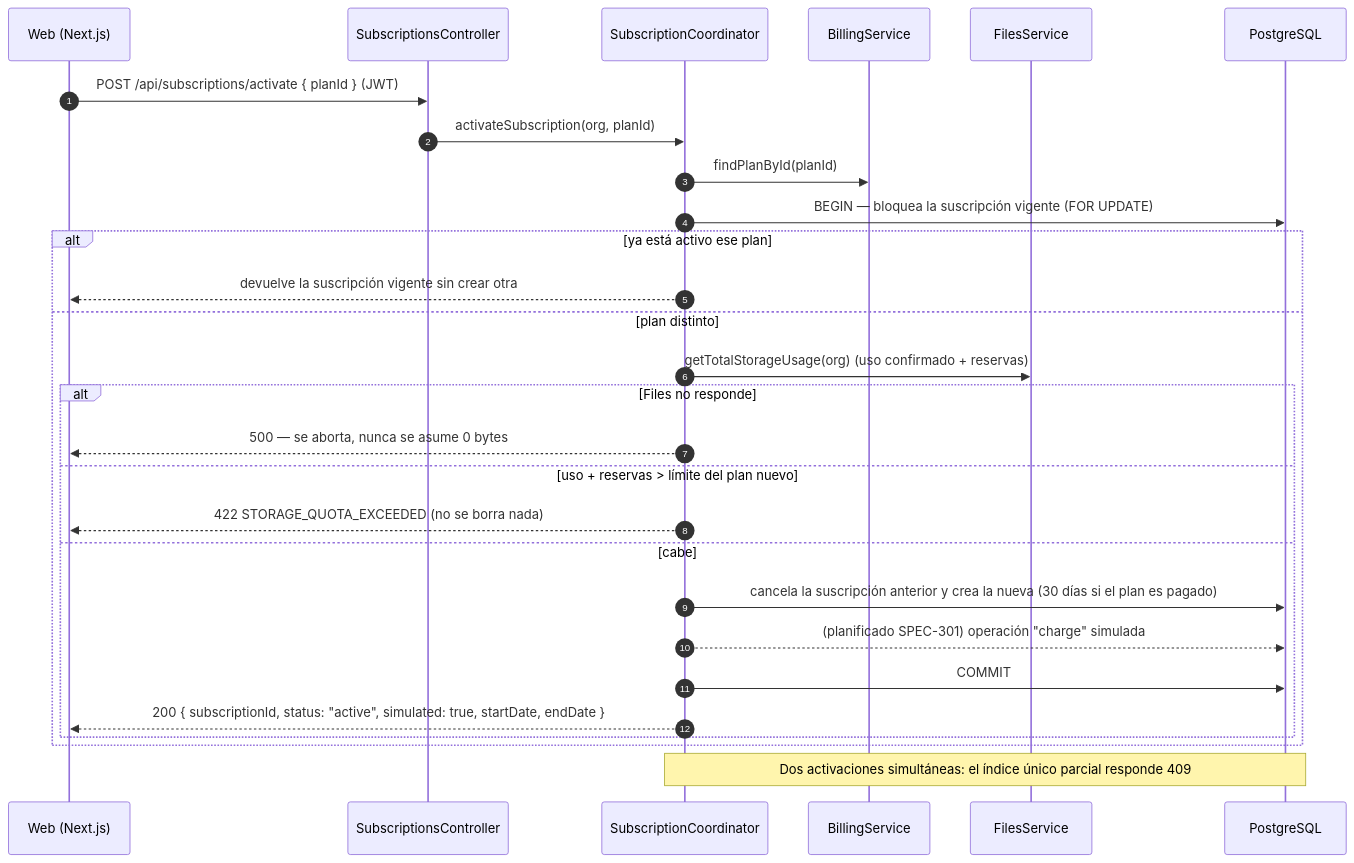
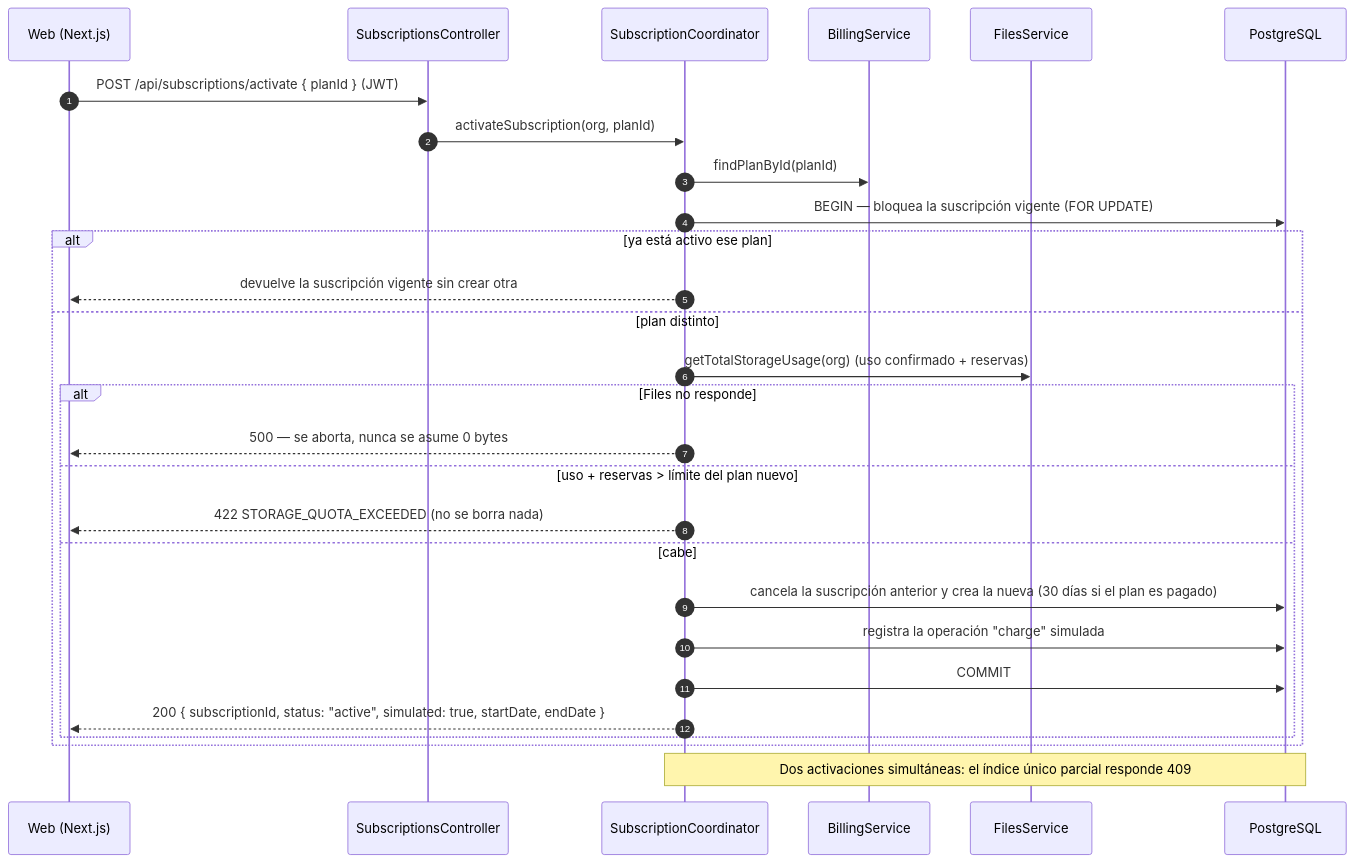
Before and after one commit to Victor-Chan-Morales/Nexus_Sistema_Almacenamiento_Seguro: the seventh of 13 diagrams in docs/entregables/DIAGRAMAS_UML.md, drawn with Mermaid. The commit also changed other lines of this file and 39 other files, not shown here.

````diff
--- a/docs/entregables/DIAGRAMAS_UML.md
+++ b/docs/entregables/DIAGRAMAS_UML.md
@@ -529,31 +526,31 @@
 ```mermaid
 sequenceDiagram
   autonumber
   participant W as Web (Next.js)
   participant SC as SubscriptionsController
   participant CO as SubscriptionCoordinator
   participant B as BillingService
   participant FS as FilesService
   participant DB as PostgreSQL
 
   W->>SC: POST /api/subscriptions/activate { planId } (JWT)
   SC->>CO: activateSubscription(org, planId)
   CO->>B: findPlanById(planId)
   CO->>DB: BEGIN — bloquea la suscripción vigente (FOR UPDATE)
   alt ya está activo ese plan
     CO-->>W: devuelve la suscripción vigente sin crear otra
   else plan distinto
     CO->>FS: getTotalStorageUsage(org) (uso confirmado + reservas)
     alt Files no responde
       CO-->>W: 500 — se aborta, nunca se asume 0 bytes
     else uso + reservas > límite del plan nuevo
       CO-->>W: 422 STORAGE_QUOTA_EXCEEDED (no se borra nada)
     else cabe
       CO->>DB: cancela la suscripción anterior y crea la nueva (30 días si el plan es pagado)
-      CO-->>DB: (planificado SPEC-301) operación "charge" simulada
+      CO->>DB: registra la operación "charge" simulada
       CO->>DB: COMMIT
       CO-->>W: 200 { subscriptionId, status: "active", simulated: true, startDate, endDate }
     end
   end
   Note over CO,DB: Dos activaciones simultáneas: el índice único parcial responde 409
 ```
````
